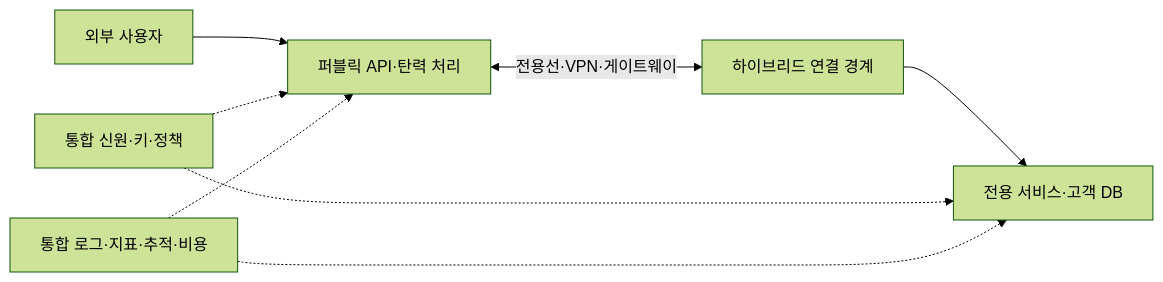
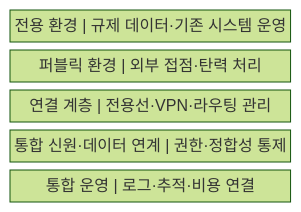
The first of 2 diagrams in src/content/docs/notes/03-software/144_hybrid_cloud.md (agnusdei1207/knowledge-base), drawn with Mermaid (forest theme) before and after one commit. The commit also changed other lines of this file and 20 other files, not shown here.

````diff
--- a/src/content/docs/notes/03-software/144_hybrid_cloud.md
+++ b/src/content/docs/notes/03-software/144_hybrid_cloud.md
@@ -61,10 +57,9 @@
 ```mermaid
-flowchart LR
-    U[외부 사용자] --> P[퍼블릭 API·탄력 처리]
-    P <-->|전용선·VPN·게이트웨이| G[하이브리드 연결 경계]
-    G --> R[전용 서비스·고객 DB]
-    I[통합 신원·키·정책] -.-> P
-    I -.-> R
-    O[통합 로그·지표·추적·비용] -.-> P
-    O -.-> R
+block
+    columns 1
+    A["전용 환경 | 규제 데이터·기존 시스템 운영"]
+    B["퍼블릭 환경 | 외부 접점·탄력 처리"]
+    C["연결 계층 | 전용선·VPN·라우팅 관리"]
+    D["통합 신원·데이터 연계 | 권한·정합성 통제"]
+    E["통합 운영 | 로그·추적·비용 연결"]
 ```
````
